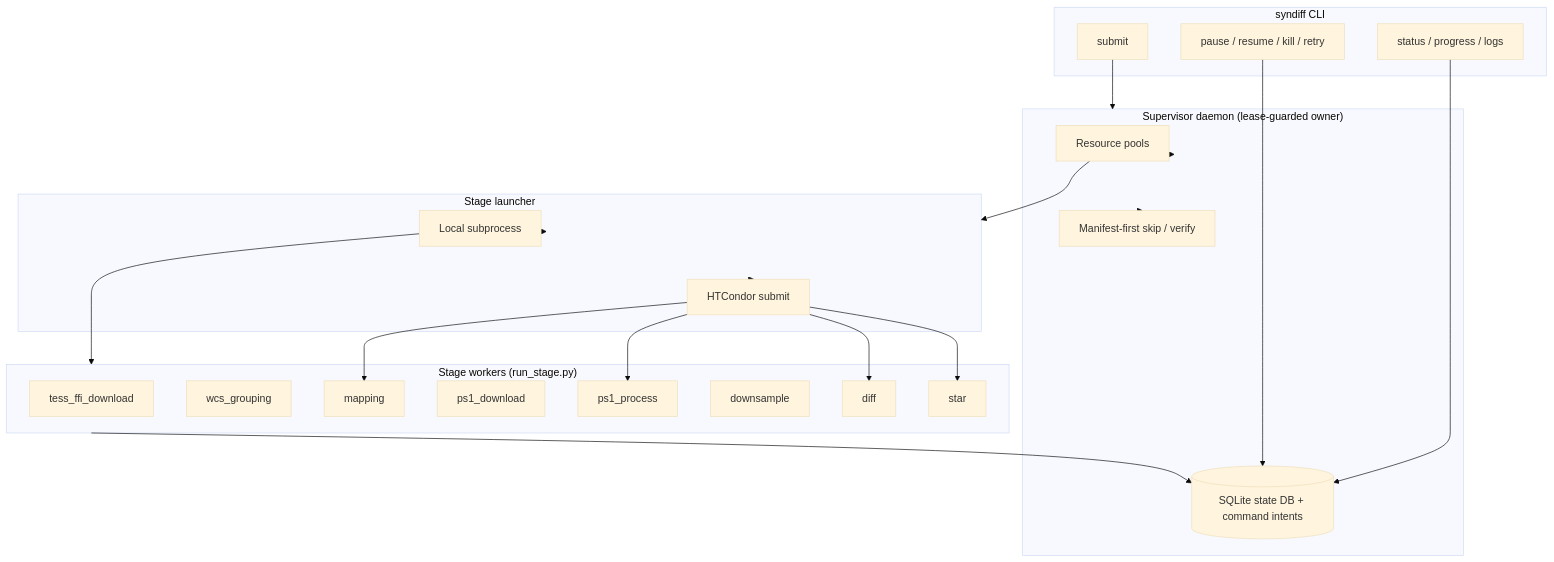
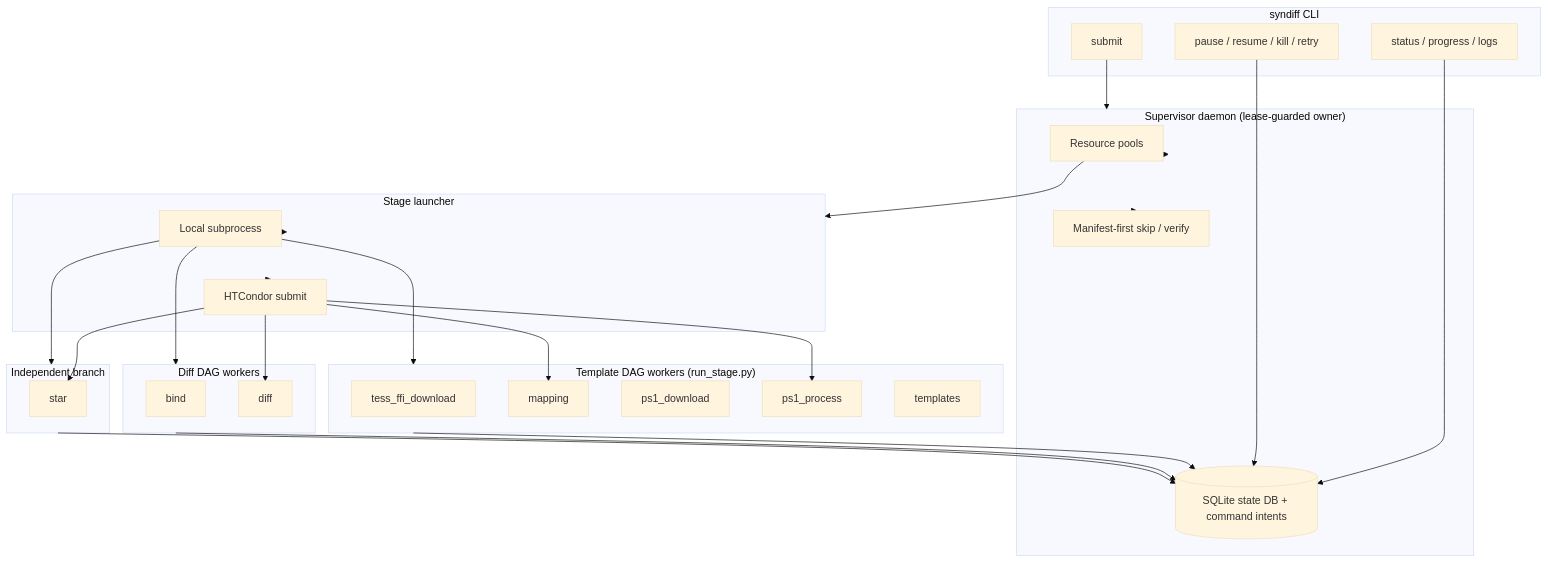
Before and after one commit to zoutei/TSST_syndiff_pipeline: the diagram in docs/markdown/template_pipeline.md, drawn with Mermaid (base theme). The commit also changed other lines of this file and 15 other files, not shown here.

````diff
--- a/docs/markdown/template_pipeline.md
+++ b/docs/markdown/template_pipeline.md
@@ -128,45 +154,55 @@
 ```mermaid
 flowchart TB
     subgraph CLI["syndiff CLI"]
         submit[submit]
         monitor[status / progress / logs]
         control[pause / resume / kill / retry]
     end
 
     subgraph Daemon["Supervisor daemon (lease-guarded owner)"]
         pools[Resource pools]
         sqlite[(SQLite state DB + command intents)]
         skip[Manifest-first skip / verify]
     end
 
     subgraph Launch["Stage launcher"]
         local[Local subprocess]
         condor[HTCondor submit]
     end
 
-    subgraph Stages["Stage workers (run_stage.py)"]
+    subgraph TemplateStages["Template DAG workers (run_stage.py)"]
         s1[tess_ffi_download]
-        s2[wcs_grouping]
         s3[mapping]
         s4[ps1_download]
         s5[ps1_process]
-        s6[downsample]
+        s6[templates]
+    end
+
+    subgraph DiffStages["Diff DAG workers"]
+        s2[bind]
         s7[diff]
+    end
+
+    subgraph StarStage["Independent branch"]
         s8[star]
     end
 
     submit --> Daemon
     monitor --> sqlite
     control --> sqlite
     Daemon --> pools
     Daemon --> skip
     pools --> Launch
     Launch --> local
     Launch --> condor
-    local --> Stages
+    local --> TemplateStages
+    local --> DiffStages
+    local --> StarStage
     condor --> s3
     condor --> s5
     condor --> s7
     condor --> s8
-    Stages --> sqlite
+    TemplateStages --> sqlite
+    DiffStages --> sqlite
+    StarStage --> sqlite
 ```
````
